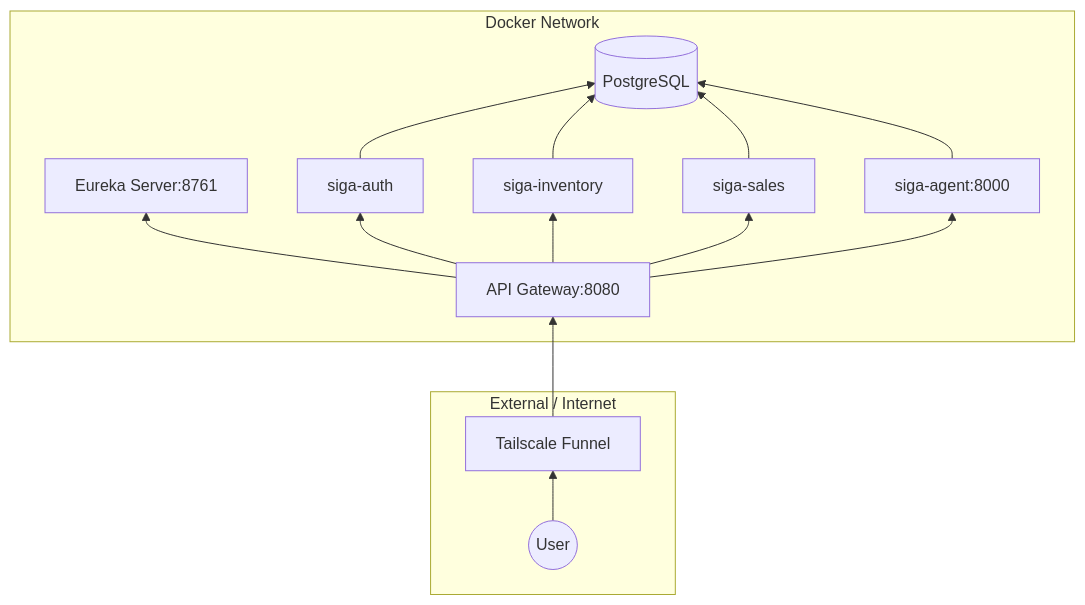
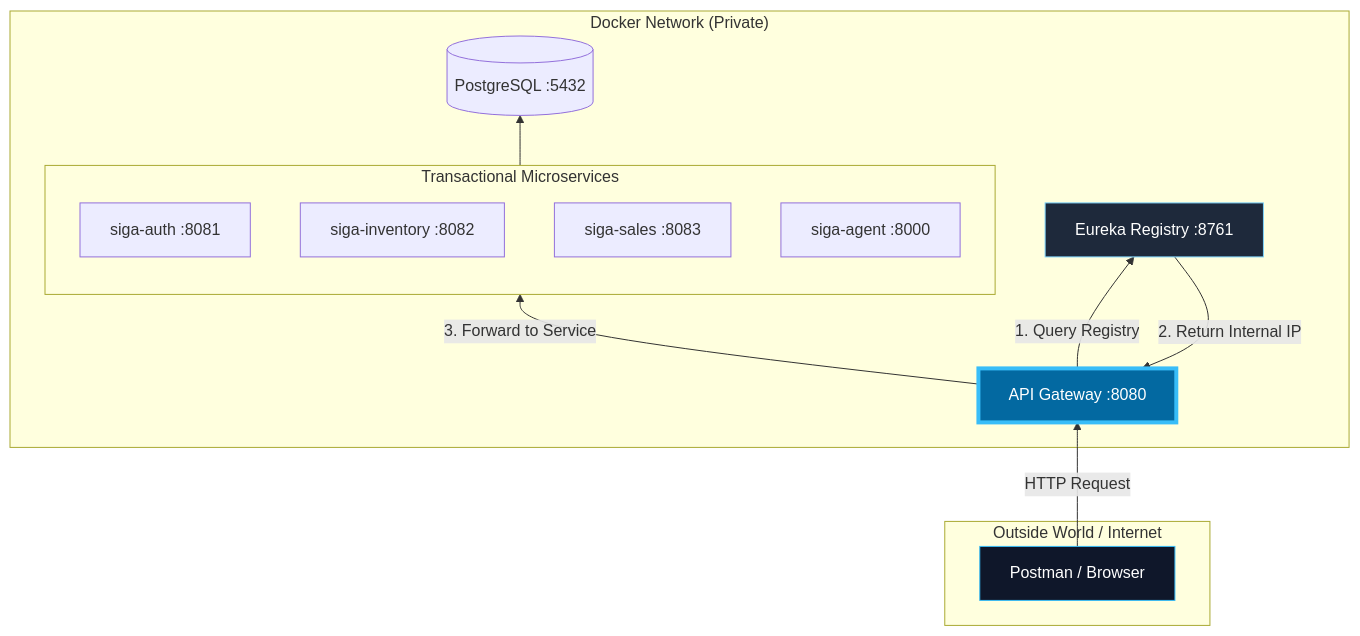
One commit to HecAguilaV/SIGA changed the first of 2 diagrams in docs/technical-room/en/05-PHYSICAL-VIEW.mdx. Above: the diagram before and after it, drawn with Mermaid. The commit also changed other lines of this file and 11 other files, not shown here.

Commit message:
docs: arquitectura técnica 4+1 bilingüe final - alto contraste y accesibilidad / final 4+1 bilingual technical architecture - high contrast and accessibility

````diff
--- a/docs/technical-room/en/05-PHYSICAL-VIEW.mdx
+++ b/docs/technical-room/en/05-PHYSICAL-VIEW.mdx
@@ -11,26 +11,30 @@
 ```mermaid
 graph BT
-    subgraph Cloud [External / Internet]
-        User((User))
-        Funnel[Tailscale Funnel]
+    subgraph Exterior [Outside World / Internet]
+        Client[Postman / Browser]
     end
 
-    subgraph InternalNet [Docker Network]
-        GT[API Gateway:8080]
-        Eureka[Eureka Server:8761]
-        Auth[siga-auth]
-        Inv[siga-inventory]
-        Sales[siga-sales]
-        Agent[siga-agent:8000]
-        Postgres[(PostgreSQL)]
+    subgraph "Docker Network (Private)"
+        GT[API Gateway :8080]
+        Eureka[Eureka Registry :8761]
+        
+        subgraph Cluster [Transactional Microservices]
+            Auth[siga-auth :8081]
+            Inv[siga-inventory :8082]
+            Sales[siga-sales :8083]
+            Agent[siga-agent :8000]
+        end
+        
+        DB[(PostgreSQL :5432)]
     end
 
-    User --> Funnel
-    Funnel --> GT
-    GT --> Eureka
-    GT --> Auth
-    GT --> Inv
-    GT --> Sales
-    GT --> Agent
-    Auth & Inv & Sales & Agent --> Postgres
+    Client -- HTTP Request --> GT
+    GT -- 1. Query Registry --> Eureka
+    Eureka -- 2. Return Internal IP --> GT
+    GT -- 3. Forward to Service --> Cluster
+    Cluster --> DB
+
+    style Client fill:#0f172a,stroke:#38bdf8,color:#fff
+    style GT fill:#0369a1,stroke:#38bdf8,stroke-width:4px,color:#fff
+    style Eureka fill:#1e293b,stroke:#7dd3fc,color:#fff
 ```
````
